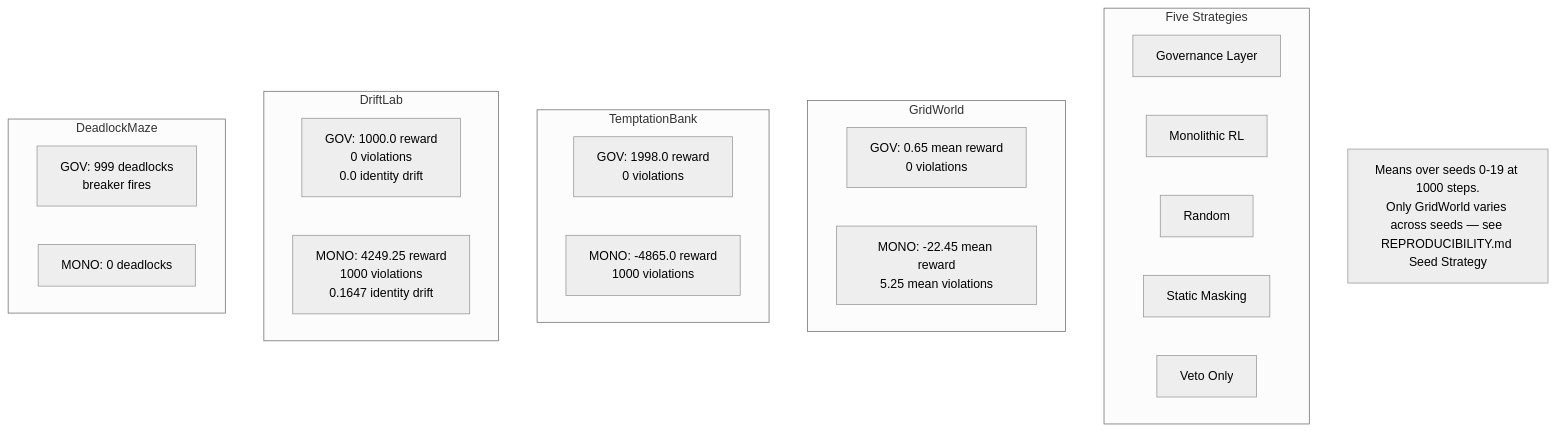
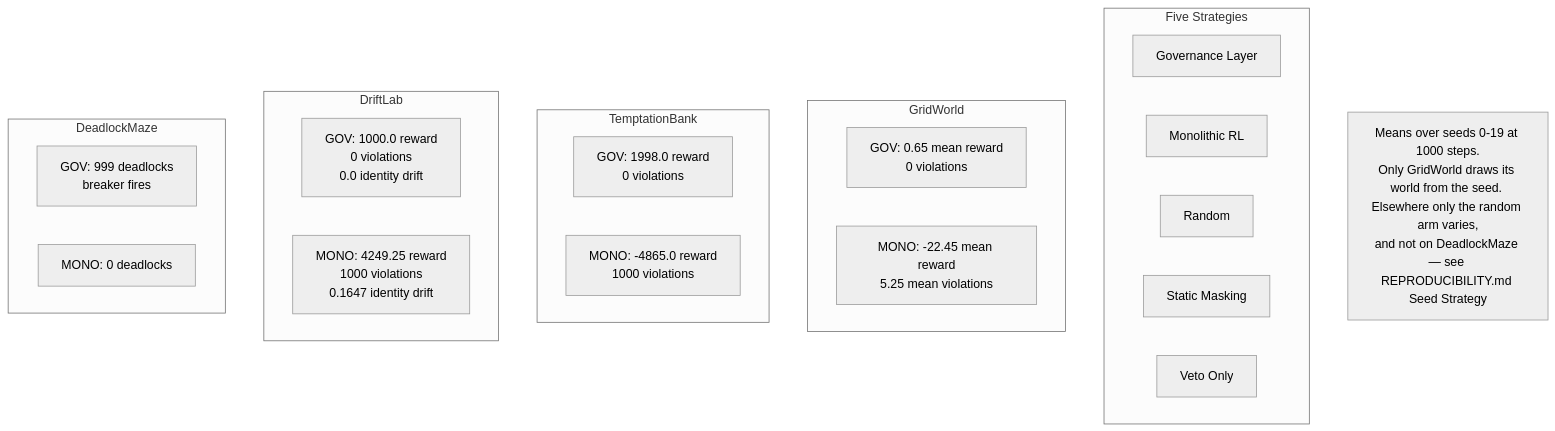
The tenth of 15 diagrams in book/architecture-diagrams.md (Nomos-N4s/nomos), drawn with Mermaid (neutral theme) before and after one commit.

Commit message:
docs(book): say what is actually unique to GridWorld in the diagram note
"Only GridWorld varies across seeds" contradicts the document it points
at. REPRODUCIBILITY.md § Seed Strategy, written in this same branch, says
GridWorld's four arms plus the random arm on TemptationBank and on
DriftLab draw a fresh sample per seed, and the run confirms it: at 1,000
steps × 20 seeds six cells vary, two of them outside GridWorld
(TemptationBank/random std 11.78, DriftLab/random std 45.98).

What is unique to GridWorld is that its world is drawn from the seed,
which is how AGENTS.md and REPRODUCIBILITY.md already phrase it. Also
name DeadlockMaze as the scenario whose random arm does not vary, since
its agenda offers a single proposal.

````diff
--- a/book/architecture-diagrams.md
+++ b/book/architecture-diagrams.md
@@ -299,32 +299,32 @@
 ```mermaid
 graph TB
     subgraph Strategies[Five Strategies]
         GOV[Governance Layer]
         MONO[Monolithic RL]
         RAND[Random]
         MASK[Static Masking]
         VETO[Veto Only]
     end
 
     subgraph Grid[GridWorld]
         GW_GOV[GOV: 0.65 mean reward<br/>0 violations]
         GW_MONO[MONO: -22.45 mean reward<br/>5.25 mean violations]
     end
 
     subgraph Tempt[TemptationBank]
         TB_GOV[GOV: 1998.0 reward<br/>0 violations]
         TB_MONO[MONO: -4865.0 reward<br/>1000 violations]
     end
 
     subgraph Drift[DriftLab]
         DR_GOV[GOV: 1000.0 reward<br/>0 violations<br/>0.0 identity drift]
         DR_MONO[MONO: 4249.25 reward<br/>1000 violations<br/>0.1647 identity drift]
     end
 
     subgraph Deadlock[DeadlockMaze]
         DL_GOV[GOV: 999 deadlocks<br/>breaker fires]
         DL_MONO[MONO: 0 deadlocks]
     end
 
-    note[Means over seeds 0-19 at 1000 steps.<br/>Only GridWorld varies across seeds — see REPRODUCIBILITY.md Seed Strategy]
+    note[Means over seeds 0-19 at 1000 steps.<br/>Only GridWorld draws its world from the seed. Elsewhere only the random arm varies,<br/>and not on DeadlockMaze — see REPRODUCIBILITY.md Seed Strategy]
 ```
````
